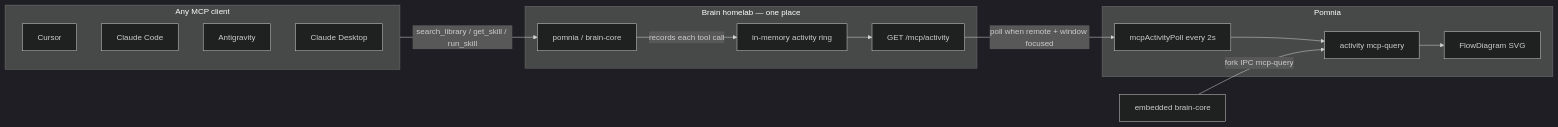
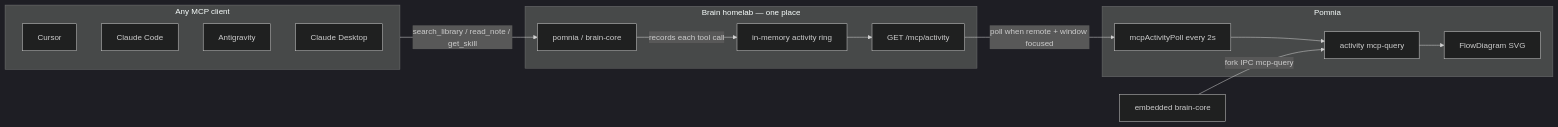
Before and after one commit to lobrzut/pomnia: the diagram in docs/FLOW-LIVE.md, drawn with Mermaid (dark theme). The commit also changed other lines of this file and 5 other files, not shown here.

````diff
--- a/docs/FLOW-LIVE.md
+++ b/docs/FLOW-LIVE.md
@@ -7,28 +7,28 @@
 ```mermaid
 flowchart LR
   subgraph clients [Any MCP client]
     C1[Cursor]
     C2[Claude Code]
     C3[Antigravity]
     C4[Claude Desktop]
   end
 
   subgraph brain [Brain homelab — one place]
     MCP[pomnia / brain-core]
     ACT[in-memory activity ring]
     API["GET /mcp/activity"]
     MCP -->|records each tool call| ACT
     ACT --> API
   end
 
   subgraph pomnia [Pomnia]
     POLL[mcpActivityPoll every 2s]
     ACTIVITY[activity mcp-query]
     DIAG[FlowDiagram SVG]
     POLL --> ACTIVITY --> DIAG
   end
 
-  clients -->|search_library / get_skill / run_skill| MCP
+  clients -->|search_library / read_note / get_skill| MCP
   API -->|poll when remote + window focused| POLL
   EMB[embedded brain-core] -->|fork IPC mcp-query| ACTIVITY
 ```
````
